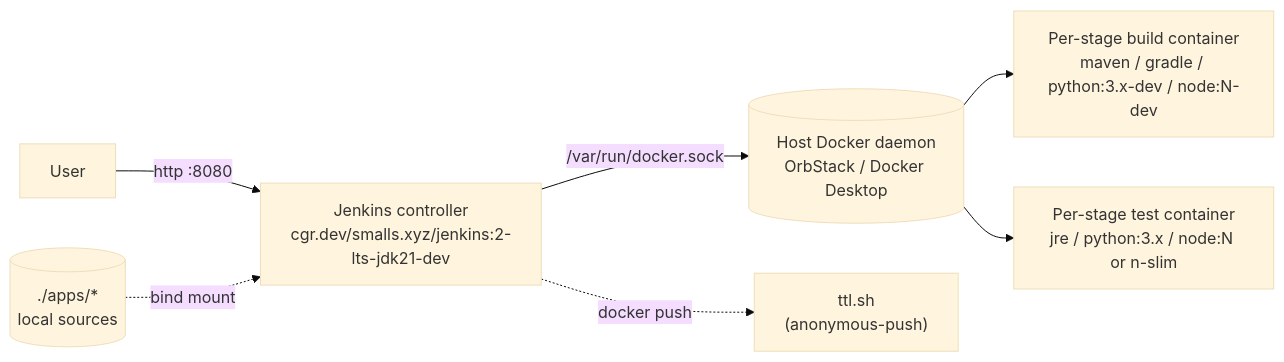
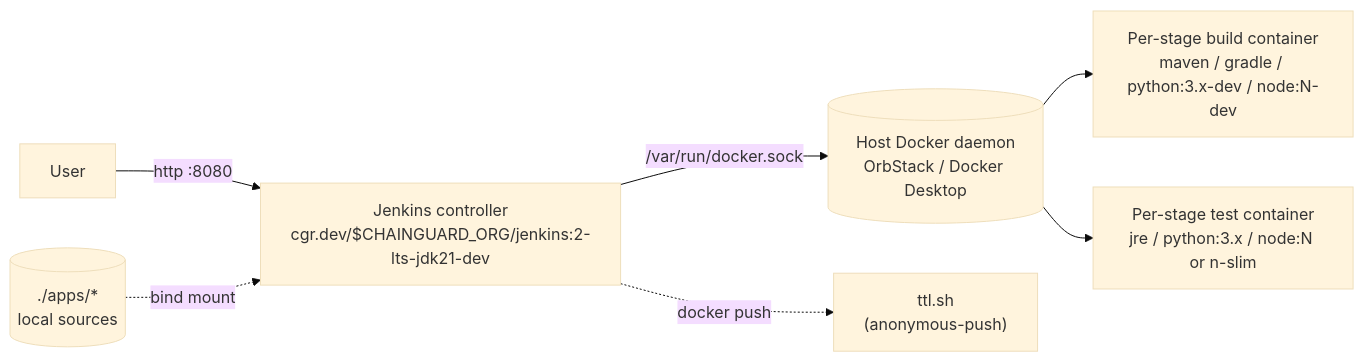
Before and after one commit to chainguard-demo/platform-examples: the diagram in jenkins/README.md, drawn with Mermaid (base theme). The commit also changed other lines of this file and 24 other files, not shown here.

First line of the commit message:
jenkins: make the Chainguard org configurable via .env / CHAINGUARD_ORG

````diff
--- a/jenkins/README.md
+++ b/jenkins/README.md
@@ -23,17 +23,17 @@
 ```mermaid
 flowchart LR
   user[User]
   host[(Host Docker daemon<br/>OrbStack / Docker Desktop)]
-  jenkins[Jenkins controller<br/>cgr.dev/smalls.xyz/jenkins:2-lts-jdk21-dev]
+  jenkins[Jenkins controller<br/>cgr.dev/&dollar;CHAINGUARD_ORG/jenkins:2-lts-jdk21-dev]
   apps[(./apps/*<br/>local sources)]
   build[Per-stage build container<br/>maven / gradle / python:3.x-dev / node:N-dev]
   test[Per-stage test container<br/>jre / python:3.x / node:N or n-slim]
   ttl["ttl.sh<br/>(anonymous-push)"]
 
   user -->|http :8080| jenkins
   apps -.->|bind mount| jenkins
   jenkins -->|/var/run/docker.sock| host
   host --> build
   host --> test
   jenkins -.->|docker push| ttl
 ```
````
